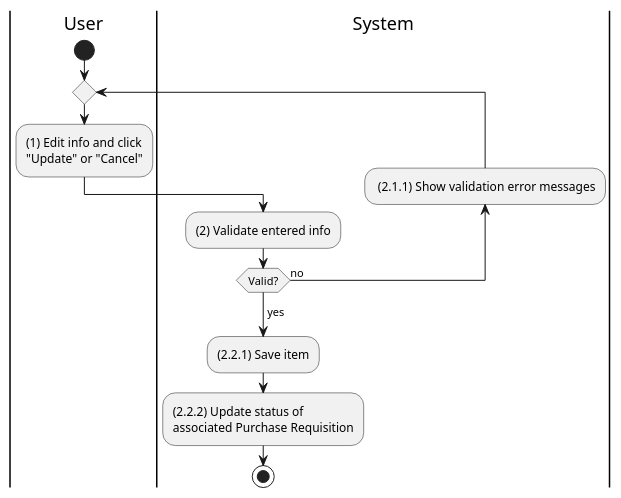
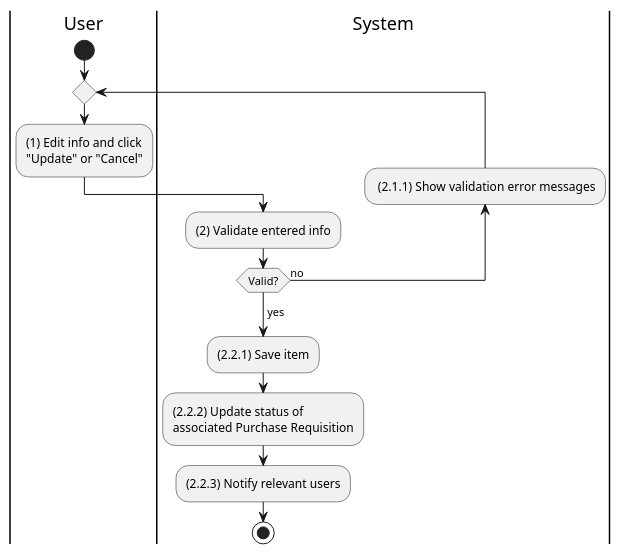
The diagram in activities/purchase-order-update.plantuml (phihungha/scmss-reqs), drawn with PlantUML before and after one commit. The commit also changed 3 other files, not shown here.

```diff
--- a/activities/purchase-order-update.plantuml
+++ b/activities/purchase-order-update.plantuml
@@ -1,17 +1,18 @@
 @startuml purchase-order-update
 |u|User
 |s|System
 
 |u|
 start
 repeat
     :(1) Edit info and click\n"Update" or "Cancel";
     |s|
     :(2) Validate entered info;
     backward: (2.1.1) Show validation error messages;
 repeat while (Valid?) is (no)
 ->yes;
 :(2.2.1) Save item;
 :(2.2.2) Update status of\nassociated Purchase Requisition;
+:(2.2.3) Notify relevant users;
 stop
 @enduml
```
